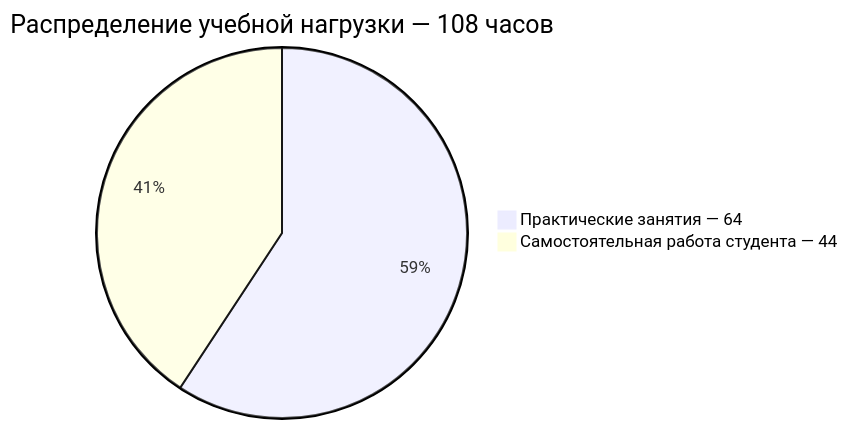
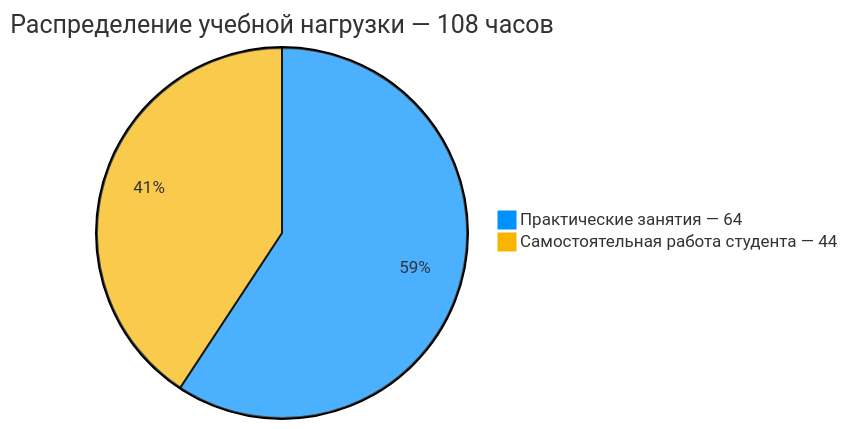
Before and after one commit to nolan-xnd/ITMO: the diagram in Семестр 03/English C2 — Английский язык C2/README.md, drawn with Mermaid. The commit also changed 7 other files, not shown here.

Commit message:
Fix chart colors

````diff
--- a/Семестр 03/English C2 — Английский язык C2/README.md
+++ b/Семестр 03/English C2 — Английский язык C2/README.md
@@ -9,6 +9,13 @@
 ```mermaid
+---
+config:
+    theme: base
+    themeVariables:
+        pie1: '#0091ff'
+        pie2: '#f7b500'
+---
 pie 
     title  Распределение учебной нагрузки — 108 часов
     "Практические занятия — 64" : 64
     "Самостоятельная работа студента — 44" : 44
 ```
````
